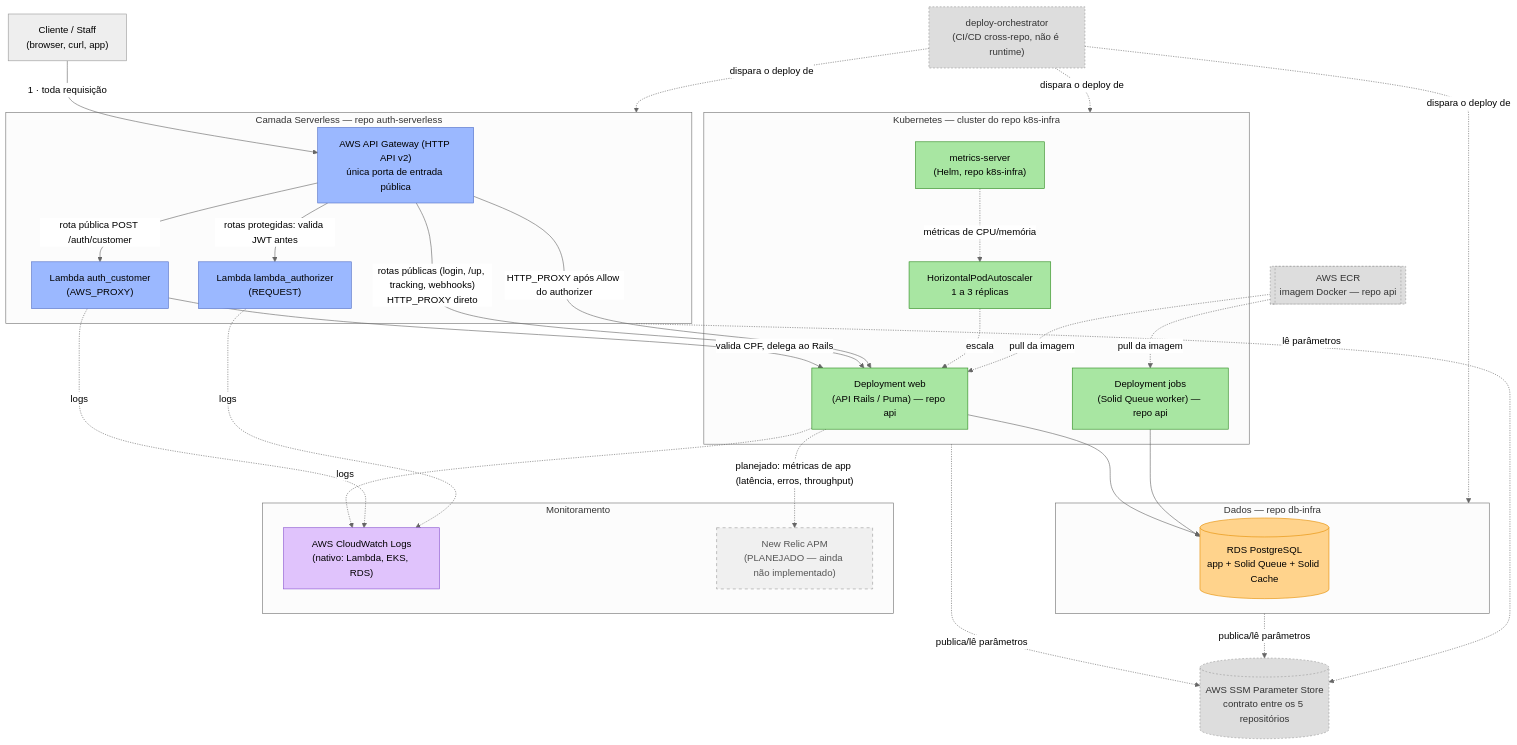
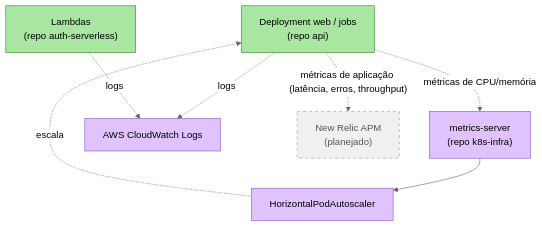
The fourth of 4 diagrams in docs/fase3/architecture/component-diagram.md (FIAP-15SOAT-GabrielHelton/api), drawn with Mermaid (neutral theme) before and after one commit. The commit also changed other lines of this file and 5 other files, not shown here.

First line of the commit message:
docs: ajustar grupo, remover notas de processo interno e dividir diagrama de componentes

````diff
--- a/docs/fase3/architecture/component-diagram.md
+++ b/docs/fase3/architecture/component-diagram.md
@@ -9,70 +100,26 @@
 ```mermaid
 flowchart TB
-    Client["Cliente / Staff\n(browser, curl, app)"]
+    Web["Deployment web / jobs\n(repo api)"]
+    Lambdas["Lambdas\n(repo auth-serverless)"]
 
-    subgraph Edge["Camada Serverless — repo auth-serverless"]
-        APIGW["AWS API Gateway (HTTP API v2)\núnica porta de entrada pública"]
-        LambdaAuth["Lambda auth_customer\n(AWS_PROXY)"]
-        LambdaAuthz["Lambda lambda_authorizer\n(REQUEST)"]
-    end
+    MetricsServer["metrics-server\n(repo k8s-infra)"]
+    HPA["HorizontalPodAutoscaler"]
+    CloudWatch["AWS CloudWatch Logs"]
+    NewRelic["New Relic APM\n(planejado)"]
 
-    subgraph Compute["Kubernetes — cluster do repo k8s-infra"]
-        Web["Deployment web\n(API Rails / Puma) — repo api"]
-        Jobs["Deployment jobs\n(Solid Queue worker) — repo api"]
-        HPA["HorizontalPodAutoscaler\n1 a 3 réplicas"]
-        MetricsServer["metrics-server\n(Helm, repo k8s-infra)"]
-    end
-
-    subgraph Data["Dados — repo db-infra"]
-        RDS[("RDS PostgreSQL\napp + Solid Queue + Solid Cache")]
-    end
-
-    subgraph Obs["Monitoramento"]
-        CloudWatch["AWS CloudWatch Logs\n(nativo: Lambda, EKS, RDS)"]
-        NewRelic["New Relic APM\n(PLANEJADO — ainda não implementado)"]
-    end
-
-    ECR[["AWS ECR\nimagem Docker — repo api"]]
-    SSM[("AWS SSM Parameter Store\ncontrato entre os 5 repositórios")]
-    Orchestrator["deploy-orchestrator\n(CI/CD cross-repo, não é runtime)"]
-
-    Client -->|"1 · toda requisição"| APIGW
-    APIGW -->|"rota pública POST /auth/customer"| LambdaAuth
-    LambdaAuth -->|"valida CPF, delega ao Rails"| Web
-    APIGW -->|"rotas públicas (login, /up, tracking, webhooks)\nHTTP_PROXY direto"| Web
-    APIGW -->|"rotas protegidas: valida JWT antes"| LambdaAuthz
-    APIGW -->|"HTTP_PROXY após Allow do authorizer"| Web
-
-    Web --> RDS
-    Jobs --> RDS
+    Web -. métricas de CPU/memória .-> MetricsServer
+    MetricsServer --> HPA
     HPA -. escala .-> Web
-    MetricsServer -. métricas de CPU/memória .-> HPA
-    ECR -. pull da imagem .-> Web
-    ECR -. pull da imagem .-> Jobs
 
     Web -. logs .-> CloudWatch
-    LambdaAuth -. logs .-> CloudWatch
-    LambdaAuthz -. logs .-> CloudWatch
-    Web -.->|"planejado: métricas de app (latência, erros, throughput)"| NewRelic
+    Lambdas -. logs .-> CloudWatch
+    Web -.->|"métricas de aplicação (latência, erros, throughput)"| NewRelic
 
-    Compute -. publica/lê parâmetros .-> SSM
-    Data -. publica/lê parâmetros .-> SSM
-    Edge -. lê parâmetros .-> SSM
-    Orchestrator -. dispara o deploy de .-> Compute
-    Orchestrator -. dispara o deploy de .-> Data
-    Orchestrator -. dispara o deploy de .-> Edge
-
-    classDef edge fill:#9bb8ff,stroke:#5470c6,color:#000
     classDef compute fill:#a8e6a2,stroke:#2d8a1f,color:#000
-    classDef data fill:#ffd38c,stroke:#e58e00,color:#000
     classDef obs fill:#e0c3fc,stroke:#8854d0,color:#000
     classDef planned fill:#f0f0f0,stroke:#999999,color:#555,stroke-dasharray: 5 5
-    classDef infra fill:#dddddd,stroke:#999999,color:#333,stroke-dasharray: 3 3
 
-    class APIGW,LambdaAuth,LambdaAuthz edge
-    class Web,Jobs,HPA,MetricsServer compute
-    class RDS data
-    class CloudWatch obs
+    class Web,Lambdas compute
+    class MetricsServer,HPA,CloudWatch obs
     class NewRelic planned
-    class ECR,SSM,Orchestrator infra
 ```
````
